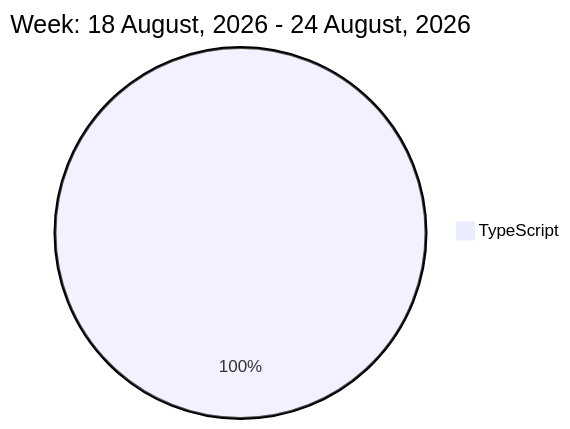
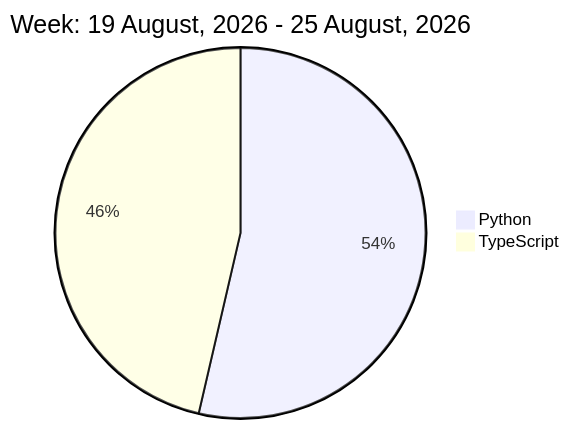
Before and after one commit to liubin95/liubin95: the diagram in README.md, drawn with Mermaid.

Commit message:
Updated the Graph with new Metrics

````diff
--- a/README.md
+++ b/README.md
@@ -32,5 +32,6 @@
 ```mermaid
  pie
-title Week: 18 August, 2026 - 24 August, 2026
- "TypeScript" : 3.53
+title Week: 19 August, 2026 - 25 August, 2026
+ "Python" : 3.18
+ "TypeScript" : 2.75
 ```
````
